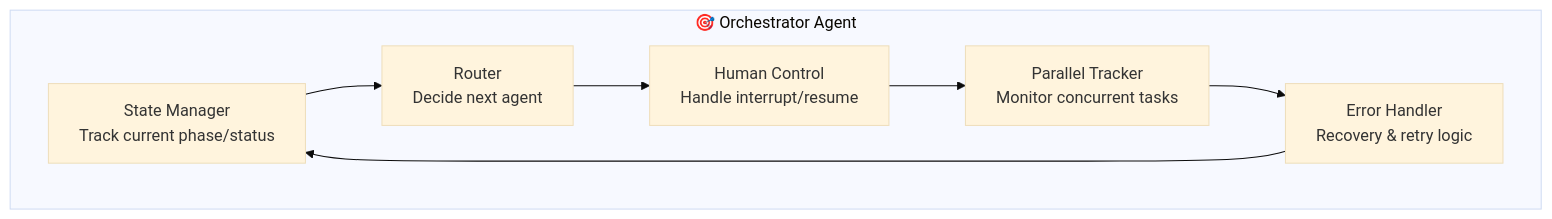
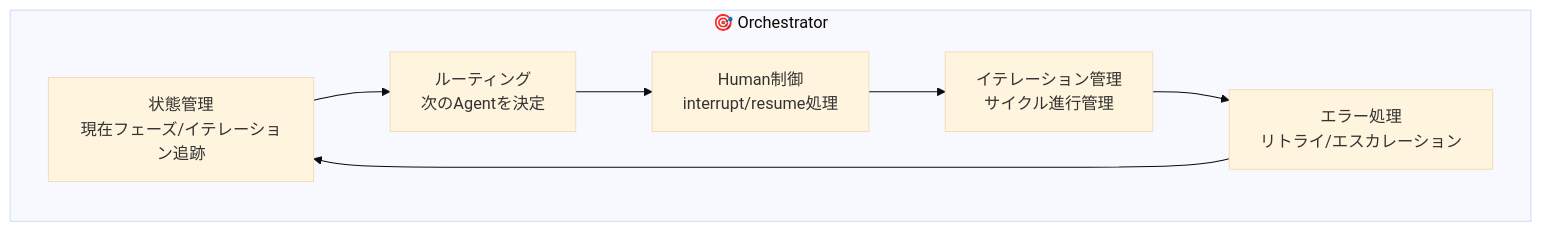
Before and after one commit to new-sankaku/toybox: diagram 12 of 13 in langgraph/ARCHITECTURE.md, drawn with Mermaid (base theme). The commit also changed other lines of this file, not shown here.

First line of the commit message:
Major architecture redesign with Leader agents and iteration model

````diff
--- a/langgraph/ARCHITECTURE.md
+++ b/langgraph/ARCHITECTURE.md
@@ -203,16 +454,16 @@
 ```mermaid
 flowchart TB
-    subgraph Orchestrator["🎯 Orchestrator Agent"]
-        SM["State Manager<br/>Track current phase/status"]
-        RT["Router<br/>Decide next agent"]
-        HC["Human Control<br/>Handle interrupt/resume"]
-        PT["Parallel Tracker<br/>Monitor concurrent tasks"]
-        ER["Error Handler<br/>Recovery & retry logic"]
+    subgraph Orchestrator["🎯 Orchestrator"]
+        SM["状態管理<br/>現在フェーズ/イテレーション追跡"]
+        RT["ルーティング<br/>次のAgentを決定"]
+        HC["Human制御<br/>interrupt/resume処理"]
+        IT["イテレーション管理<br/>サイクル進行管理"]
+        ER["エラー処理<br/>リトライ/エスカレーション"]
     end
 
     SM --> RT
     RT --> HC
-    HC --> PT
-    PT --> ER
+    HC --> IT
+    IT --> ER
     ER --> SM
 ```
````
